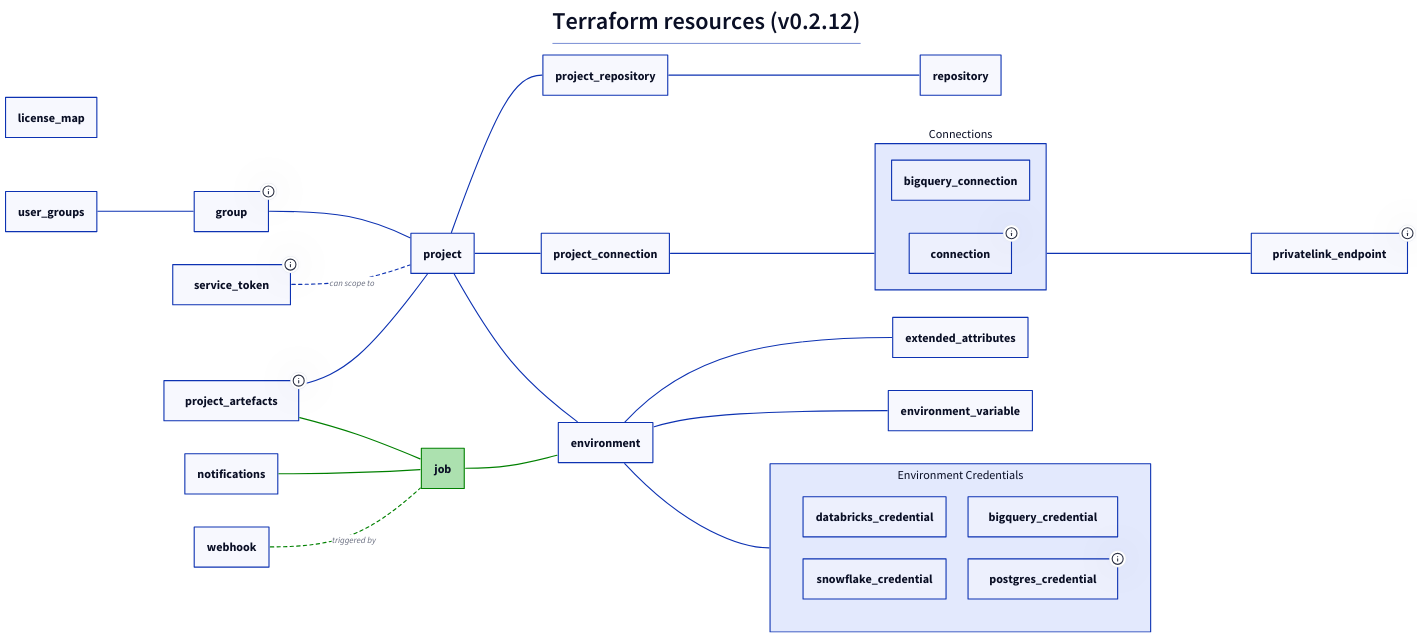
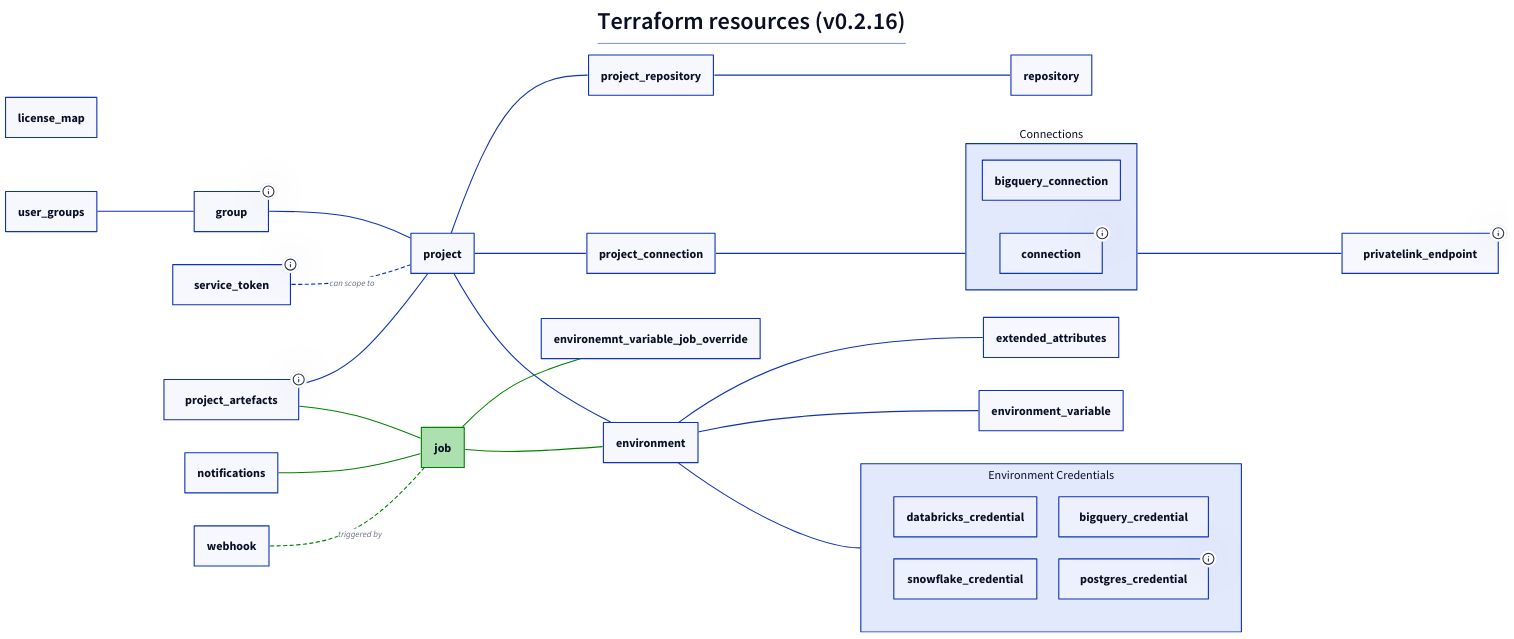
Before and after one commit to dbt-labs/terraform-provider-dbtcloud: the diagram in terraform_resources.d2, drawn with D2. The commit also changed 2 other files, not shown here.

Commit message:
New version of resource maps with env var override

```diff
--- a/terraform_resources.d2
+++ b/terraform_resources.d2
@@ -1,65 +1,66 @@
 *.style.font-size: 22
 *.*.style.font-size: 22
 
 title: |md
-  # Terraform resources (v0.2.12)
+  # Terraform resources (v0.2.16)
 | {near: top-center}
 
 direction: right
 
 
 license_map
 
 privatelink_endpoint: {tooltip: Datasource only}
 group: {tooltip: Group permissions as well}
 service_token: {tooltip: Permissions as well}
 project_artefacts: {tooltip: For setting the project docs and source freshness}
 job: {
   style: {
     fill: "#ACE1AF"
     stroke: green
   }
 }
 
 conns: Connections {
   bigquery_connection
   connection: {tooltip: Works for Snowflake, Redshift, Postgres and Databricks}
 }
 
 env_creds: Environment Credentials {
   grid-columns: 2
   databricks_credential
   snowflake_credential
   bigquery_credential
   postgres_credential: {tooltip: Is used for Redshift as well}
 }
 
 service_token -- project: can scope to {
   style: {
     stroke-dash: 3
   }
 }
 group -- project
 user_groups -- group
 project -- environment
 job -- environment
+job -- environemnt_variable_job_override
 notifications -- job
 project_artefacts -- job
 
 project_artefacts -- project
 webhook -- job: triggered by {
   style: {
     stroke-dash: 3
   }
 }
 environment -- env_creds
 project -- project_connection
 project_connection -- conns
 conns -- privatelink_endpoint
 project -- project_repository
 project_repository -- repository
 environment -- environment_variable
 environment -- extended_attributes
 
 (job -- *)[*].style.stroke: green
 (* -- job)[*].style.stroke: green
```
